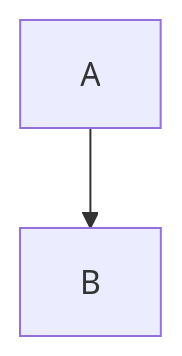
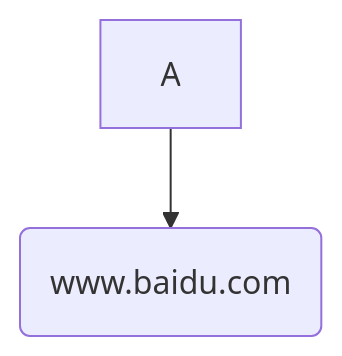
The diagram in _posts/2222-2-22-常用.md (yiyutouxin/tangle5500.github.io), drawn with Mermaid before and after one commit.

```diff
--- a/_posts/2222-2-22-常用.md
+++ b/_posts/2222-2-22-常用.md
@@ -14,4 +14,4 @@
 <div class="mermaid">
     graph TD
-        A-->B
+        A-->B(www.baidu.com)
 </div>
```
